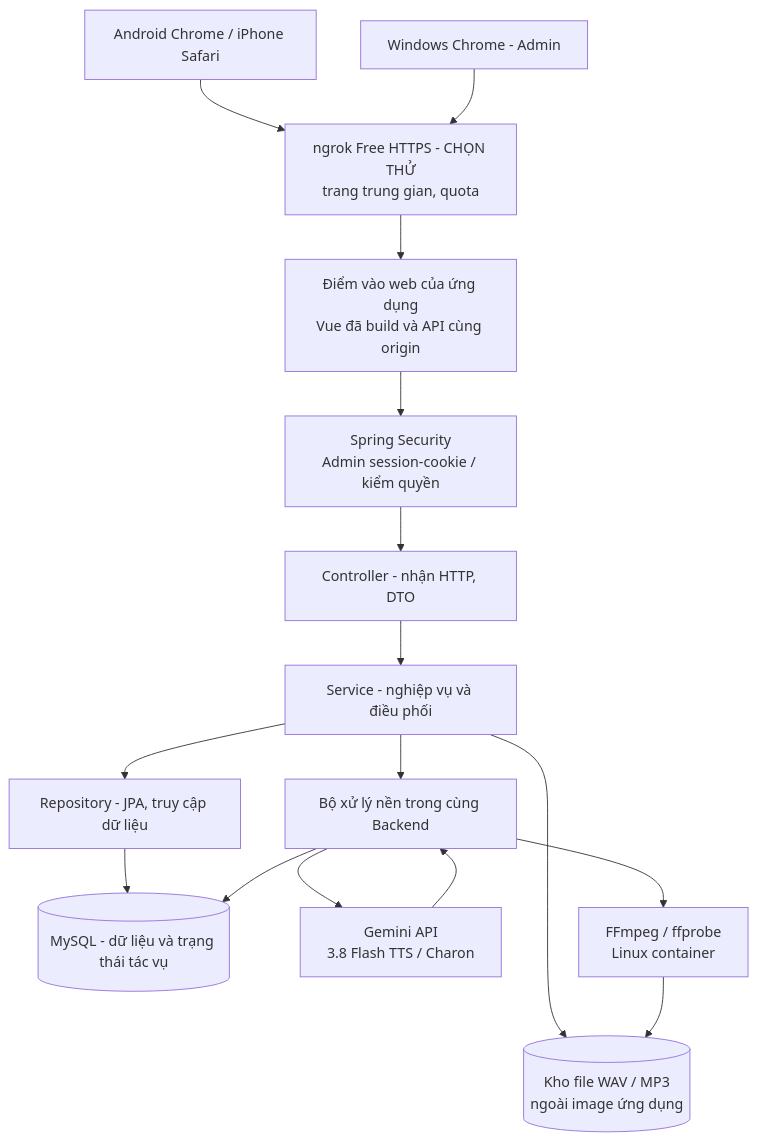
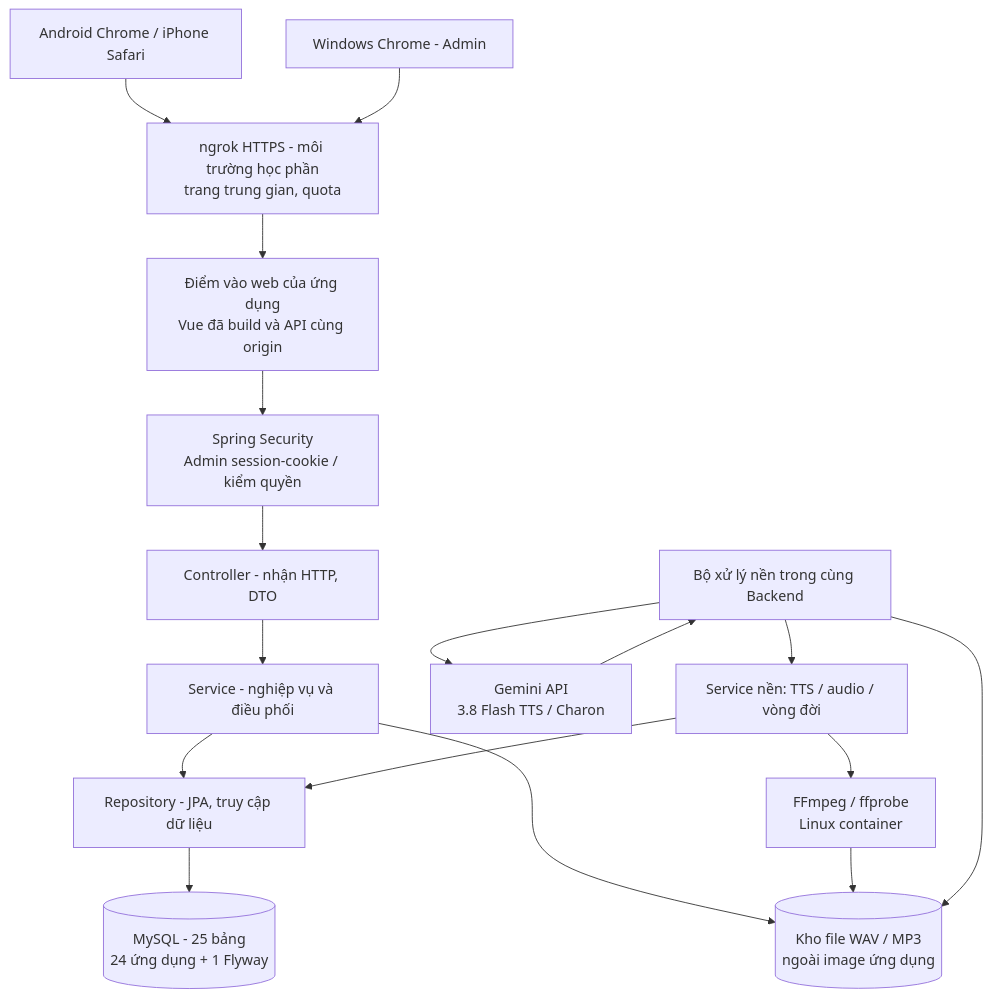
One commit to khaithanh2726-beep/AudioQR_Kinh-thanh-Hue changed the first of 4 diagrams in docs/03-ky-thuat/TDD.md. Above: the diagram before and after it, drawn with Mermaid. The commit also changed other lines of this file and 44 other files, not shown here.

````diff
--- a/docs/03-ky-thuat/TDD.md
+++ b/docs/03-ky-thuat/TDD.md
@@ -26,25 +26,26 @@
 ```mermaid
 flowchart TD
     Guest["Android Chrome / iPhone Safari"]
     Admin["Windows Chrome - Admin"]
-    Edge["ngrok Free HTTPS - CHỌN THỬ<br/>trang trung gian, quota"]
+    Edge["ngrok HTTPS - môi trường học phần<br/>trang trung gian, quota"]
     Web["Điểm vào web của ứng dụng<br/>Vue đã build và API cùng origin"]
     Auth["Spring Security<br/>Admin session-cookie / kiểm quyền"]
     Controller["Controller - nhận HTTP, DTO"]
     Service["Service - nghiệp vụ và điều phối"]
     Repo["Repository - JPA, truy cập dữ liệu"]
-    DB[("MySQL - dữ liệu và trạng thái tác vụ")]
+    DB[("MySQL - 25 bảng<br/>24 ứng dụng + 1 Flyway")]
     Worker["Bộ xử lý nền trong cùng Backend"]
     Gemini["Gemini API<br/>3.8 Flash TTS / Charon"]
     FF["FFmpeg / ffprobe<br/>Linux container"]
     Files[("Kho file WAV / MP3<br/>ngoài image ứng dụng")]
     Guest --> Edge
     Admin --> Edge
     Edge --> Web --> Auth --> Controller --> Service --> Repo --> DB
     Service --> Files
-    Service --> Worker
-    Worker --> DB
+    Background["Service nền: TTS / audio / vòng đời"]
+    Worker --> Background --> Repo
     Worker --> Gemini
     Gemini --> Worker
-    Worker --> FF --> Files
+    Background --> FF --> Files
+    Worker --> Files
 ```
````
